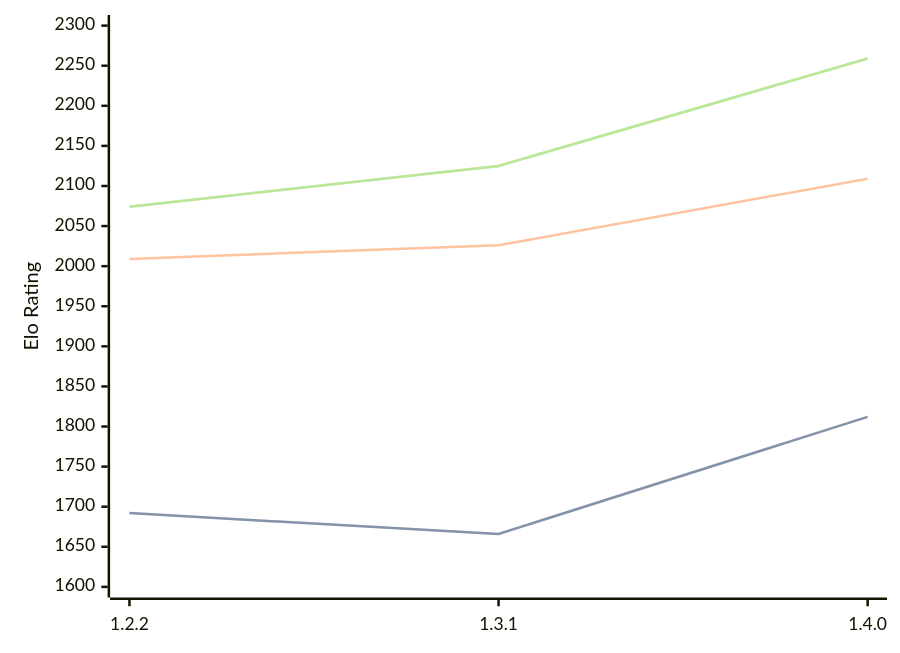
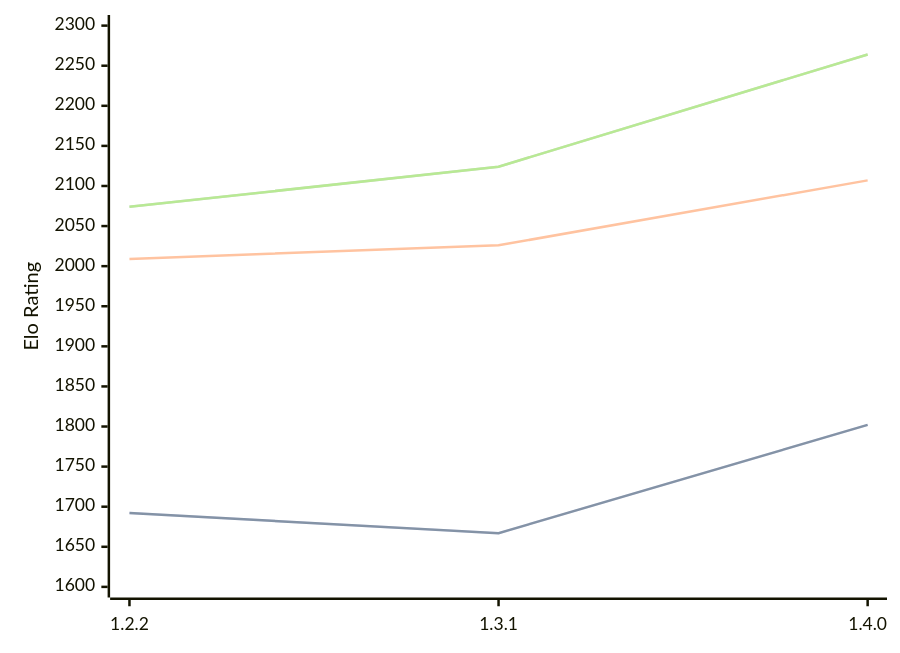
The diagram in engines/SoloEngine.md (computer-chess-index/cci), drawn with Mermaid before and after one commit. The commit also changed other lines of this file, not shown here.

Commit message:
Update CCI Ratings (ELO VLTC) - 2026-02-21

````diff
--- a/engines/SoloEngine.md
+++ b/engines/SoloEngine.md
@@ -30,11 +30,11 @@
 ```mermaid
 %%{init: {"theme":"base","themeVariables":{"seriesColors:['#a3a3a3','#222221','#faa371']}}}%%
 xychart-beta
   x-axis ["1.2.2", "1.3.1", "1.4.0"]
   y-axis "Elo Rating" 1600 --> 2300
-  line "STC (8.0+0.08s)" [1692, 1666, 1812]
-  line "STC (8.0+0.08s)" [1692, 1666, 1812]
-  line "LTC (60.0+0.60s)" [2009, 2026, 2109]
-  line "VLTC (2m24s+1.12s)" [2074, 2125, 2259]
-  line "VLTC (2m24s+1.12s)" [2074, 2125, 2259]
+  line "STC (8.0+0.08s)" [1692, 1667, 1802]
+  line "STC (8.0+0.08s)" [1692, 1667, 1802]
+  line "LTC (60.0+0.60s)" [2009, 2026, 2107]
+  line "VLTC (2m24s+1.12s)" [2074, 2124, 2264]
+  line "VLTC (2m24s+1.12s)" [2074, 2124, 2264]
 ```
````
